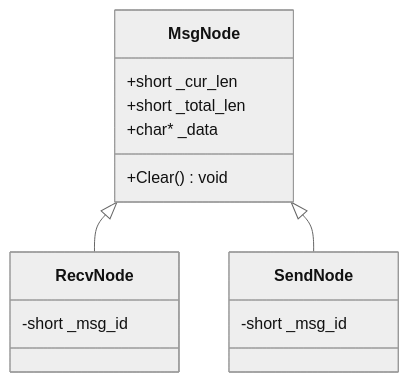
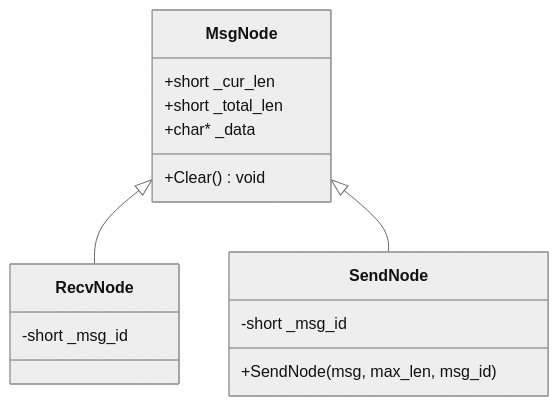
The third of 8 diagrams in .qoder/repowiki/zh/content/服务端开发/ChatServer聊天核心服务/会话管理/消息处理机制.md (echo9923/mychatter), drawn with Mermaid (neutral theme) before and after one commit. The commit also changed other lines of this file and 54 other files, not shown here.

````diff
--- a/.qoder/repowiki/zh/content/服务端开发/ChatServer聊天核心服务/会话管理/消息处理机制.md
+++ b/.qoder/repowiki/zh/content/服务端开发/ChatServer聊天核心服务/会话管理/消息处理机制.md
@@ -140,17 +178,18 @@
 ```mermaid
 classDiagram
 class MsgNode {
 +short _cur_len
 +short _total_len
 +char* _data
 +Clear() void
 }
 class RecvNode {
 -short _msg_id
 }
 class SendNode {
 -short _msg_id
++SendNode(msg, max_len, msg_id)
 }
 MsgNode <|-- RecvNode
 MsgNode <|-- SendNode
 ```
````
